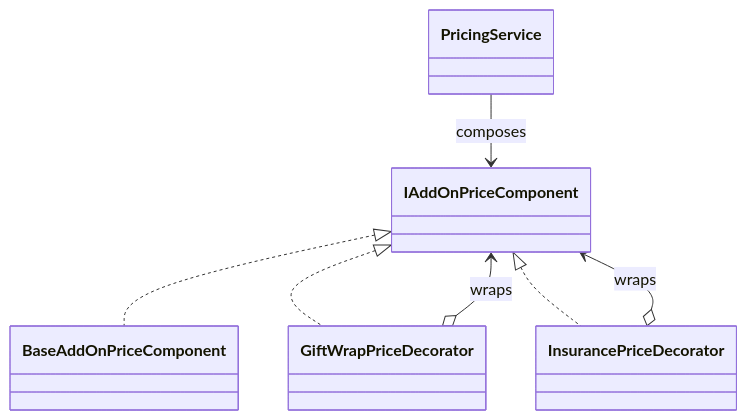
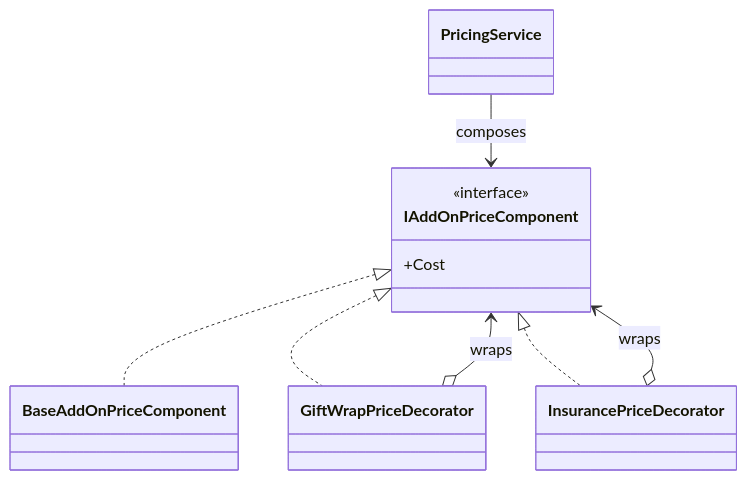
One commit to vaughnellis/gang-of-four-in-action changed the diagram in patterns/structural/decorator/README.md. Above: the diagram before and after it, drawn with Mermaid. The commit also changed other lines of this file and 34 other files, not shown here.

````diff
--- a/patterns/structural/decorator/README.md
+++ b/patterns/structural/decorator/README.md
@@ -23,9 +65,13 @@
 ```mermaid
 classDiagram
-	IAddOnPriceComponent <|.. BaseAddOnPriceComponent
-	IAddOnPriceComponent <|.. GiftWrapPriceDecorator
-	IAddOnPriceComponent <|.. InsurancePriceDecorator
-	GiftWrapPriceDecorator o--> IAddOnPriceComponent : wraps
-	InsurancePriceDecorator o--> IAddOnPriceComponent : wraps
-	PricingService --> IAddOnPriceComponent : composes
+    class IAddOnPriceComponent {
+        <<interface>>
+        +Cost
+    }
+    IAddOnPriceComponent <|.. BaseAddOnPriceComponent
+    IAddOnPriceComponent <|.. GiftWrapPriceDecorator
+    IAddOnPriceComponent <|.. InsurancePriceDecorator
+    GiftWrapPriceDecorator o--> IAddOnPriceComponent : wraps
+    InsurancePriceDecorator o--> IAddOnPriceComponent : wraps
+    PricingService --> IAddOnPriceComponent : composes
 ```
````
